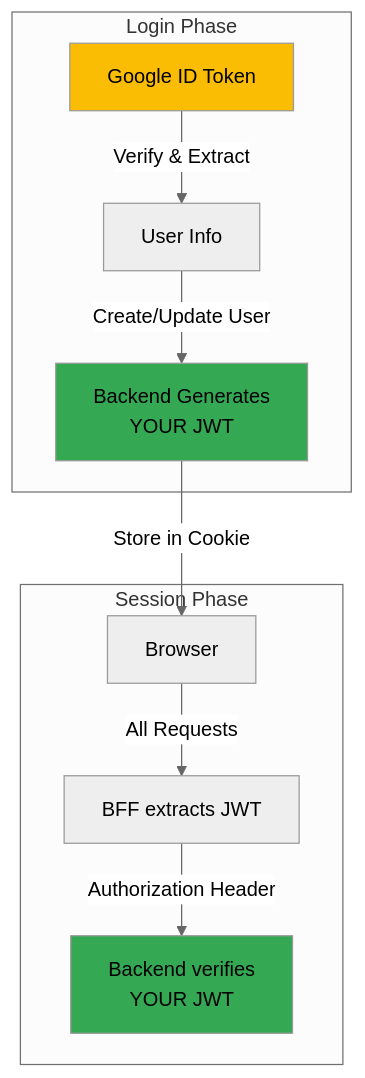
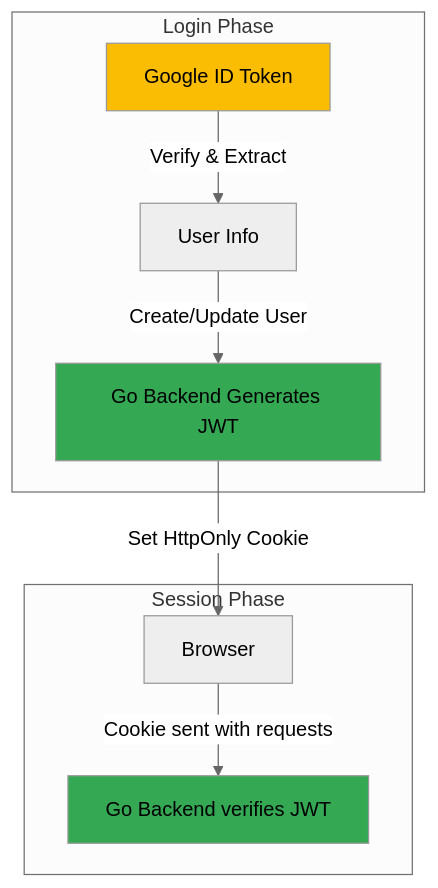
The sixth of 11 diagrams in docs/ARCHITECTURE.md (idtazkia/website-stmik), drawn with Mermaid (neutral theme) before and after one commit. The commit also changed other lines of this file and 7 other files, not shown here.

First line of the commit message:
Sync all docs to Go backend architecture

````diff
--- a/docs/ARCHITECTURE.md
+++ b/docs/ARCHITECTURE.md
@@ -297,17 +284,16 @@
 ```mermaid
 graph TB
     subgraph "Login Phase"
         A[Google ID Token] -->|Verify & Extract| B[User Info]
-        B -->|Create/Update User| C[Backend Generates<br/>YOUR JWT]
+        B -->|Create/Update User| C[Go Backend Generates JWT]
     end
 
     subgraph "Session Phase"
-        C -->|Store in Cookie| D[Browser]
-        D -->|All Requests| E[BFF extracts JWT]
-        E -->|Authorization Header| F[Backend verifies<br/>YOUR JWT]
+        C -->|Set HttpOnly Cookie| D[Browser]
+        D -->|Cookie sent with requests| E[Go Backend verifies JWT]
     end
 
     style A fill:#fbbc04
     style C fill:#34a853
-    style F fill:#34a853
+    style E fill:#34a853
 ```
````
